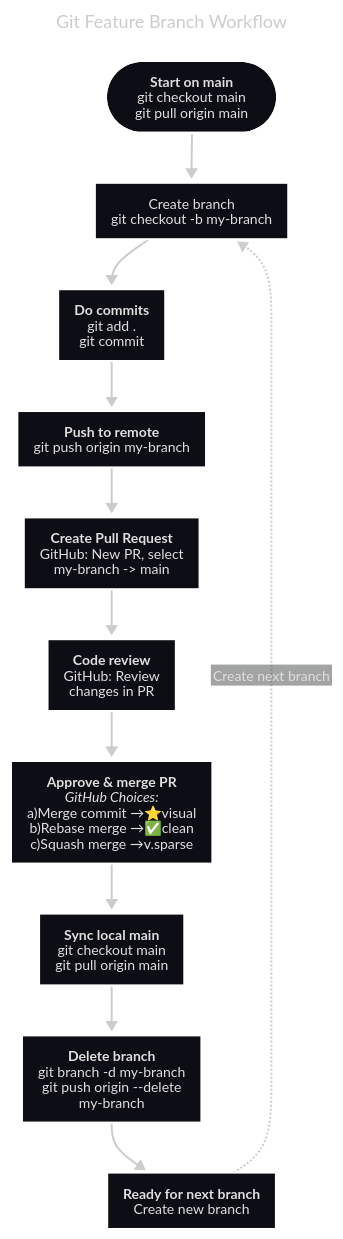
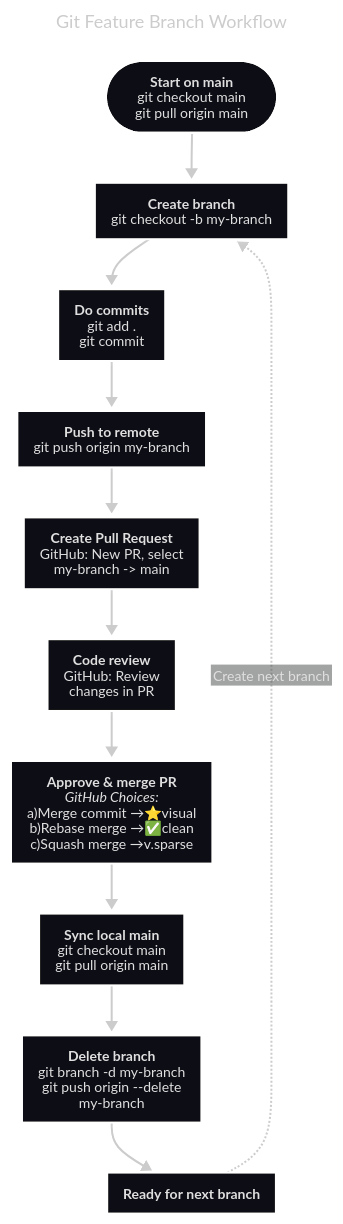
Before and after one commit to michellepace/markdown-pretty-app: the third of 3 diagrams in test-mermaid.md, drawn with Mermaid.

````diff
--- a/test-mermaid.md
+++ b/test-mermaid.md
@@ -53,40 +53,39 @@
 ```mermaid
 ---
 title: Git Feature Branch Workflow
 config:
   look: neo
   layout: dagre
   theme: redux-dark
   htmlLabels: false
 ---
 flowchart TD
     START(["`**Start on main**
     git checkout main
-    git pull origin main`"]) --> CREATE["`Create branch
+    git pull origin main`"]) --> CREATE["`**Create branch**
     git checkout -b my-branch`"]
     CREATE --> WORK["`**Do commits**
     git add .
      git commit`"]
     WORK --> PUSH["`**Push to remote**
     git push origin my-branch`"]
     PUSH --> PR["`**Create Pull Request**
     GitHub: New PR, select
     my-branch -> main`"]
     PR --> REVIEW["`**Code review**
     GitHub: Review
     changes in PR`"]
     REVIEW --> APPROVE["`**Approve & merge PR**
     *GitHub Choices:*
     a)Merge commit →⭐visual
     b)Rebase merge →✅clean
     c)Squash merge →v.sparse`"]
     APPROVE --> SYNC["`**Sync local main**
     git checkout main
     git pull origin main`"]
     SYNC --> CLEANUP["`**Delete branch**
     git branch -d my-branch
     git push origin --delete my-branch`"]
-    CLEANUP --> NEXT["`**Ready for next branch**
-    Create new branch`"]
+    CLEANUP --> NEXT["`**Ready for next branch**`"]
     NEXT -.-> |Create next branch| CREATE
 ```
````
